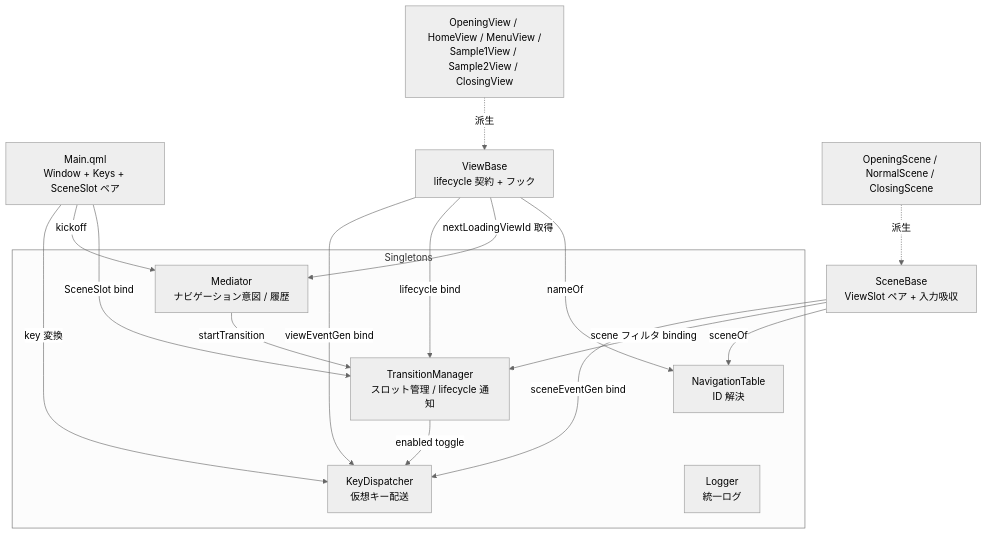
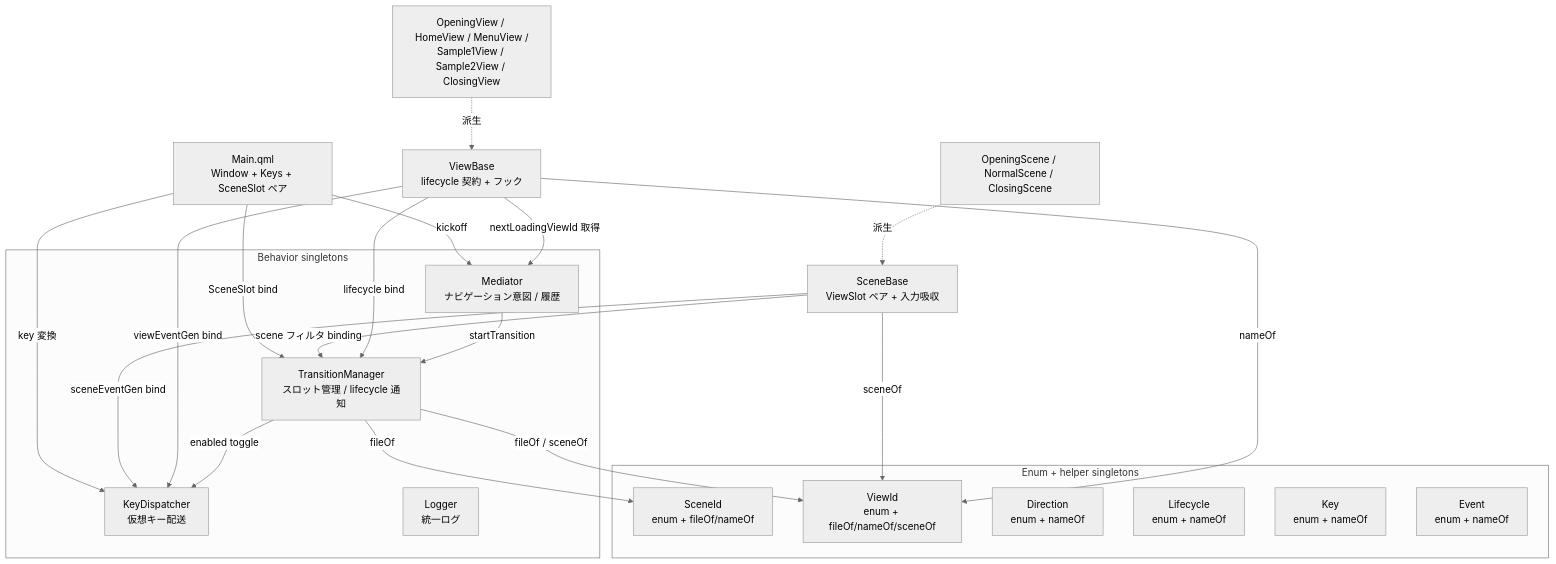
The first of 11 diagrams in docs/flows.md (yuya-kadono/qul-loader-navigation-poc), drawn with Mermaid (neutral theme) before and after one commit. The commit also changed other lines of this file and 31 other files, not shown here.

````diff
--- a/docs/flows.md
+++ b/docs/flows.md
@@ -13,36 +16,45 @@
 ```mermaid
 flowchart TB
-    subgraph singletons[Singletons]
-        NT[NavigationTable<br>ID 解決]
+    subgraph enums[Enum + helper singletons]
+        SId[SceneId<br>enum + fileOf/nameOf]
+        VId[ViewId<br>enum + fileOf/nameOf/sceneOf]
+        Dir[Direction<br>enum + nameOf]
+        Lc[Lifecycle<br>enum + nameOf]
+        K[Key<br>enum + nameOf]
+        Ev[Event<br>enum + nameOf]
+    end
+    subgraph singletons[Behavior singletons]
         Med[Mediator<br>ナビゲーション意図 / 履歴]
         TM[TransitionManager<br>スロット管理 / lifecycle 通知]
         KD[KeyDispatcher<br>仮想キー配送]
         Log[Logger<br>統一ログ]
     end
 
     Main[Main.qml<br>Window + Keys + SceneSlot ペア]
     SB[SceneBase<br>ViewSlot ペア + 入力吸収]
     VB[ViewBase<br>lifecycle 契約 + フック]
 
     SceneI[OpeningScene / NormalScene / ClosingScene]
     ViewI[OpeningView / HomeView / MenuView /<br>Sample1View / Sample2View / ClosingView]
 
     Main -->|key 変換| KD
     Main -->|kickoff| Med
     Main -->|SceneSlot bind| TM
 
     SB -->|sceneEventGen bind| KD
     SB -->|scene フィルタ binding| TM
-    SB -->|sceneOf| NT
+    SB -->|sceneOf| VId
 
     VB -->|viewEventGen bind| KD
     VB -->|lifecycle bind| TM
     VB -->|nextLoadingViewId 取得| Med
-    VB -->|nameOf| NT
+    VB -->|nameOf| VId
 
     SceneI -.派生.-> SB
     ViewI -.派生.-> VB
 
     Med -->|startTransition| TM
+    TM -->|fileOf| SId
+    TM -->|fileOf / sceneOf| VId
     TM -->|enabled toggle| KD
 ```
````
